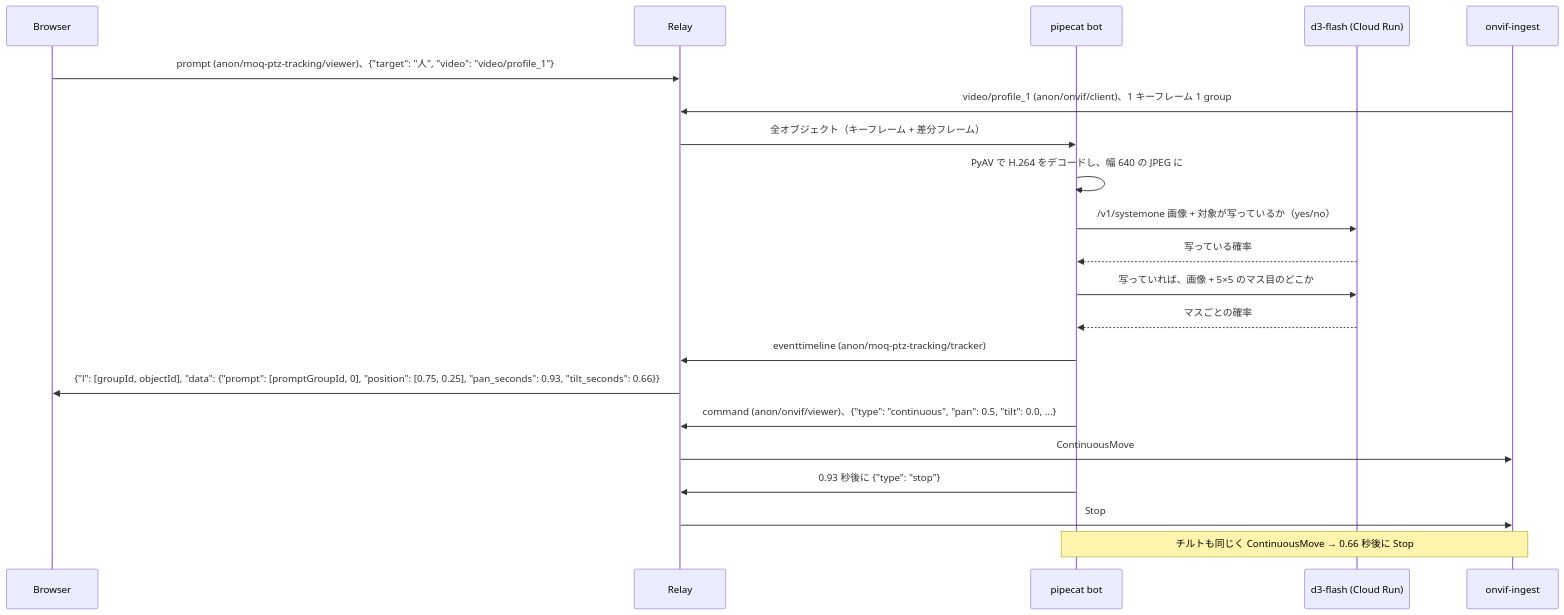
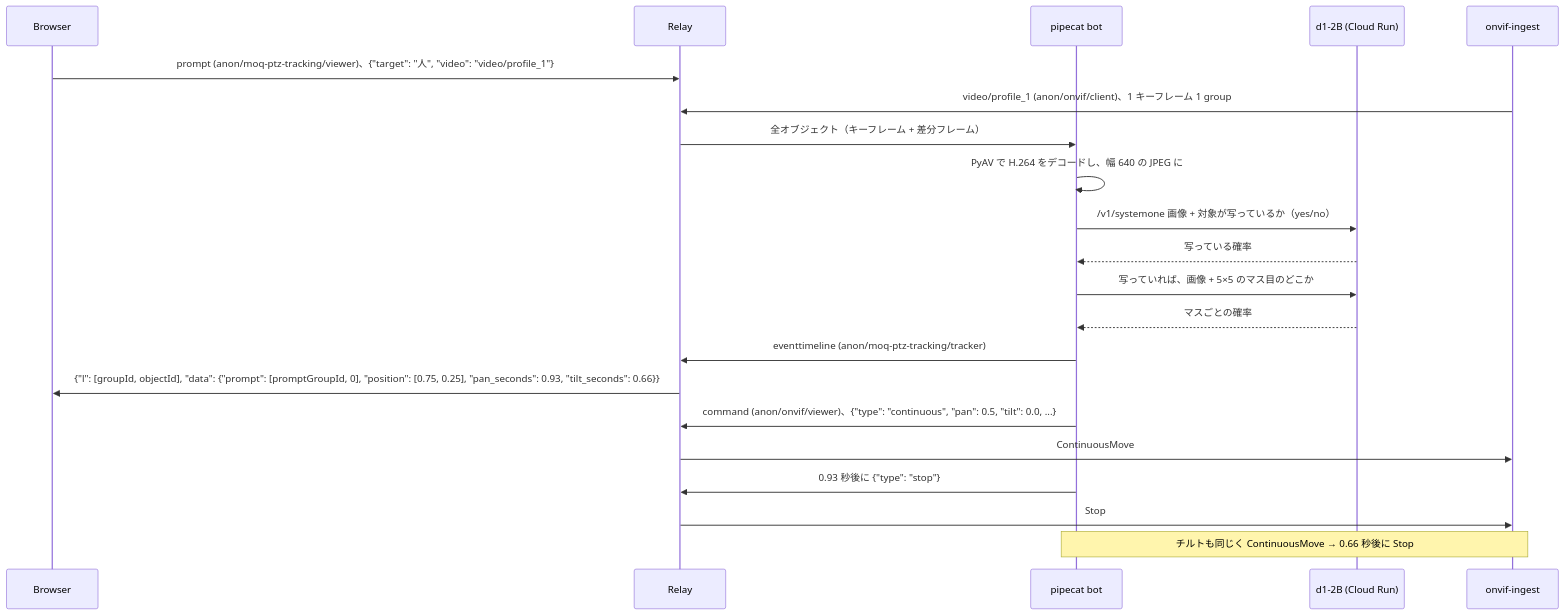
The diagram in examples/python/moq-ptz-tracking/README.md (nttcom/moq-wasm), drawn with Mermaid before and after one commit. The commit also changed other lines of this file and 35 other files, not shown here.

````diff
--- a/examples/python/moq-ptz-tracking/README.md
+++ b/examples/python/moq-ptz-tracking/README.md
@@ -7,23 +7,23 @@
 ```mermaid
 sequenceDiagram
     participant B as Browser
     participant R as Relay
     participant P as pipecat bot
-    participant D as d3-flash (Cloud Run)
+    participant D as d1-2B (Cloud Run)
     participant O as onvif-ingest
     B->>R: prompt (anon/moq-ptz-tracking/viewer)、{"target": "人", "video": "video/profile_1"}
     O->>R: video/profile_1 (anon/onvif/client)、1 キーフレーム 1 group
     R->>P: 全オブジェクト（キーフレーム + 差分フレーム）
     P->>P: PyAV で H.264 をデコードし、幅 640 の JPEG に
     P->>D: /v1/systemone 画像 + 対象が写っているか（yes/no）
     D-->>P: 写っている確率
     P->>D: 写っていれば、画像 + 5×5 のマス目のどこか
     D-->>P: マスごとの確率
     P->>R: eventtimeline (anon/moq-ptz-tracking/tracker)
     R->>B: {"l": [groupId, objectId], "data": {"prompt": [promptGroupId, 0], "position": [0.75, 0.25], "pan_seconds": 0.93, "tilt_seconds": 0.66}}
     P->>R: command (anon/onvif/viewer)、{"type": "continuous", "pan": 0.5, "tilt": 0.0, ...}
     R->>O: ContinuousMove
     P->>R: 0.93 秒後に {"type": "stop"}
     R->>O: Stop
     Note over P,O: チルトも同じく ContinuousMove → 0.66 秒後に Stop
 ```
````
